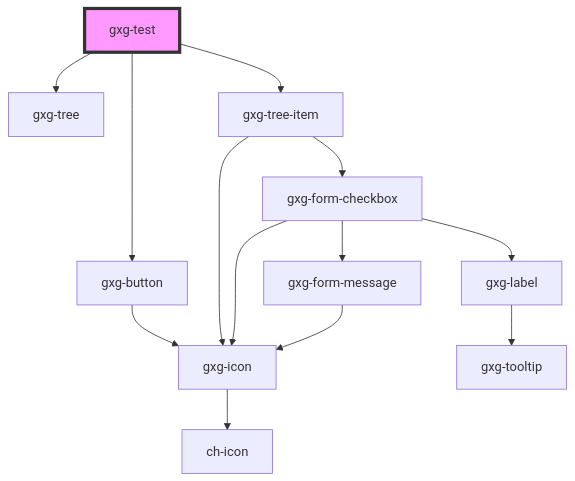
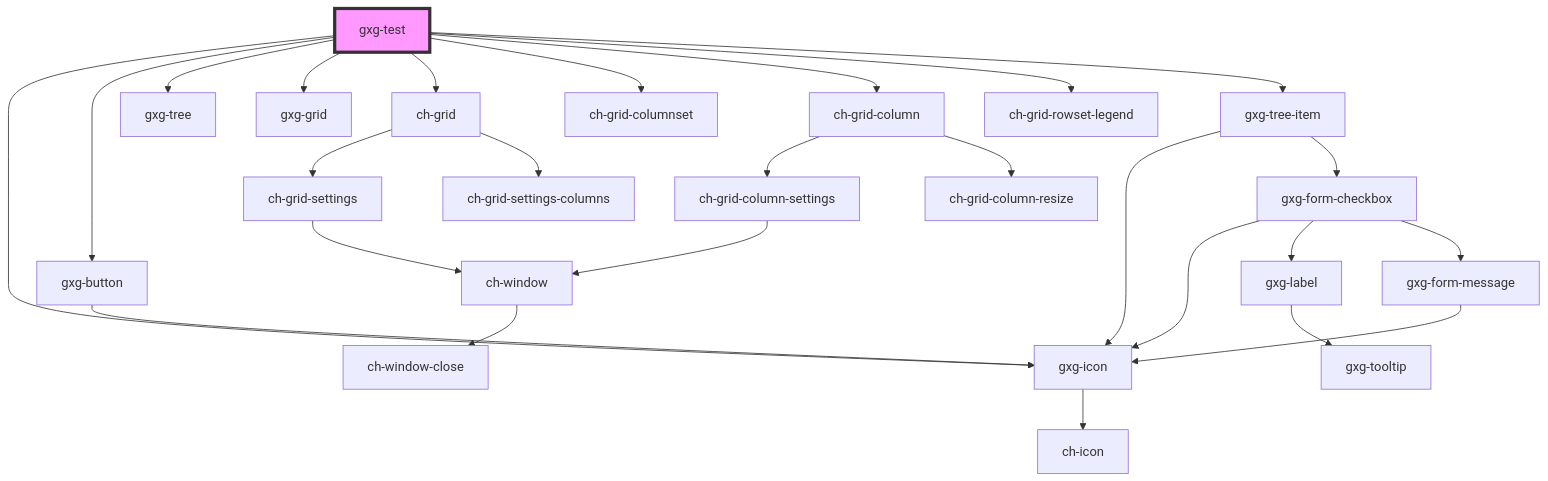
Before and after one commit to genexuslabs/gemini: the diagram in src/components/test/readme.md, drawn with Mermaid. The commit also changed other lines of this file and 8 other files, not shown here.

````diff
--- a/src/components/test/readme.md
+++ b/src/components/test/readme.md
@@ -29,16 +38,29 @@
 ```mermaid
 graph TD;
+  gxg-test --> gxg-icon
   gxg-test --> gxg-button
   gxg-test --> gxg-tree
+  gxg-test --> gxg-grid
+  gxg-test --> ch-grid
+  gxg-test --> ch-grid-columnset
+  gxg-test --> ch-grid-column
+  gxg-test --> ch-grid-rowset-legend
   gxg-test --> gxg-tree-item
+  gxg-icon --> ch-icon
   gxg-button --> gxg-icon
-  gxg-icon --> ch-icon
+  ch-grid --> ch-grid-settings
+  ch-grid --> ch-grid-settings-columns
+  ch-grid-settings --> ch-window
+  ch-window --> ch-window-close
+  ch-grid-column --> ch-grid-column-settings
+  ch-grid-column --> ch-grid-column-resize
+  ch-grid-column-settings --> ch-window
   gxg-tree-item --> gxg-icon
   gxg-tree-item --> gxg-form-checkbox
   gxg-form-checkbox --> gxg-icon
   gxg-form-checkbox --> gxg-label
   gxg-form-checkbox --> gxg-form-message
   gxg-label --> gxg-tooltip
   gxg-form-message --> gxg-icon
   style gxg-test fill:#f9f,stroke:#333,stroke-width:4px
 ```
````
